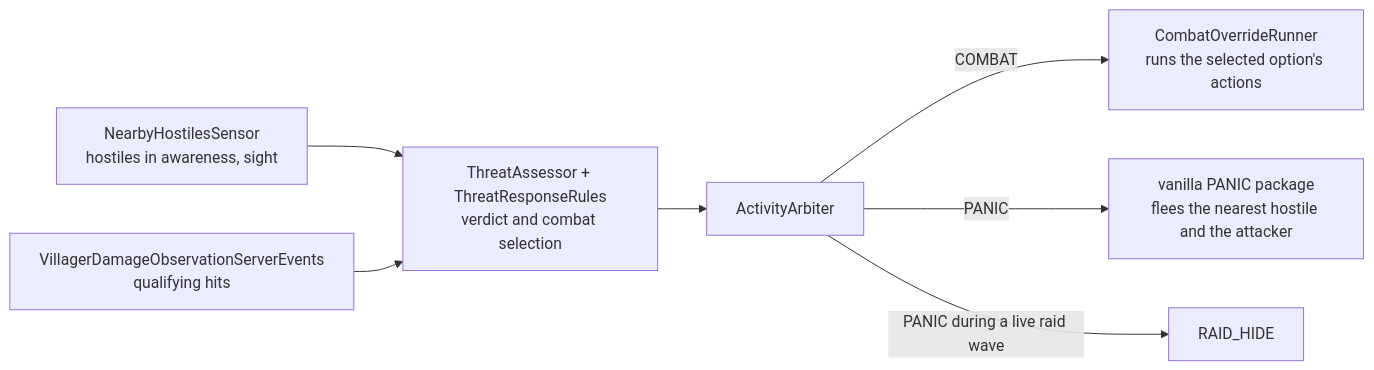
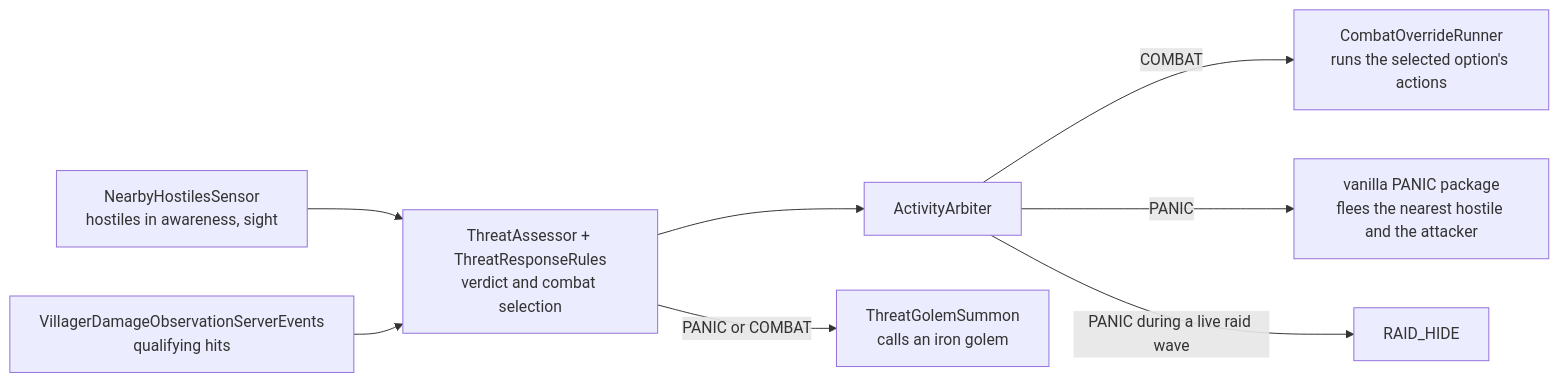
One commit to breeze-devs/Settlements-Alpha changed the diagram in docs/references/threat_response.md. Above: the diagram before and after it, drawn with Mermaid. The commit also changed other lines of this file and 10 other files, not shown here.

````diff
--- a/docs/references/threat_response.md
+++ b/docs/references/threat_response.md
@@ -14,9 +14,10 @@
 ```mermaid
 flowchart LR
     SENSOR["NearbyHostilesSensor<br/>hostiles in awareness, sight"] --> ASSESS
     DAMAGE["VillagerDamageObservationServerEvents<br/>qualifying hits"] --> ASSESS
     ASSESS["ThreatAssessor + ThreatResponseRules<br/>verdict and combat selection"] --> ARB
     ARB["ActivityArbiter"] -->|COMBAT| FIGHT["CombatOverrideRunner<br/>runs the selected option's actions"]
     ARB -->|PANIC| FLEE["vanilla PANIC package<br/>flees the nearest hostile and the attacker"]
     ARB -->|PANIC during a live raid wave| HIDE["RAID_HIDE"]
+    ASSESS -->|PANIC or COMBAT| GOLEM["ThreatGolemSummon<br/>calls an iron golem"]
 ```
````
